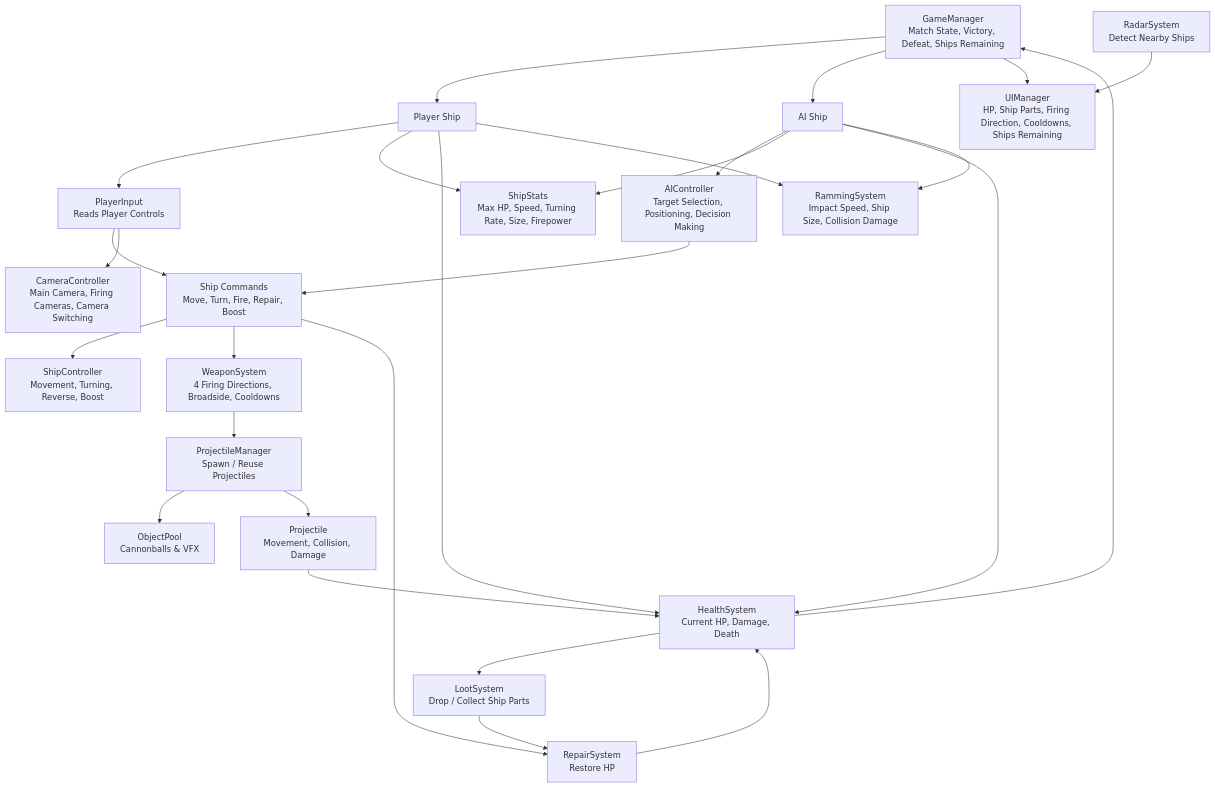
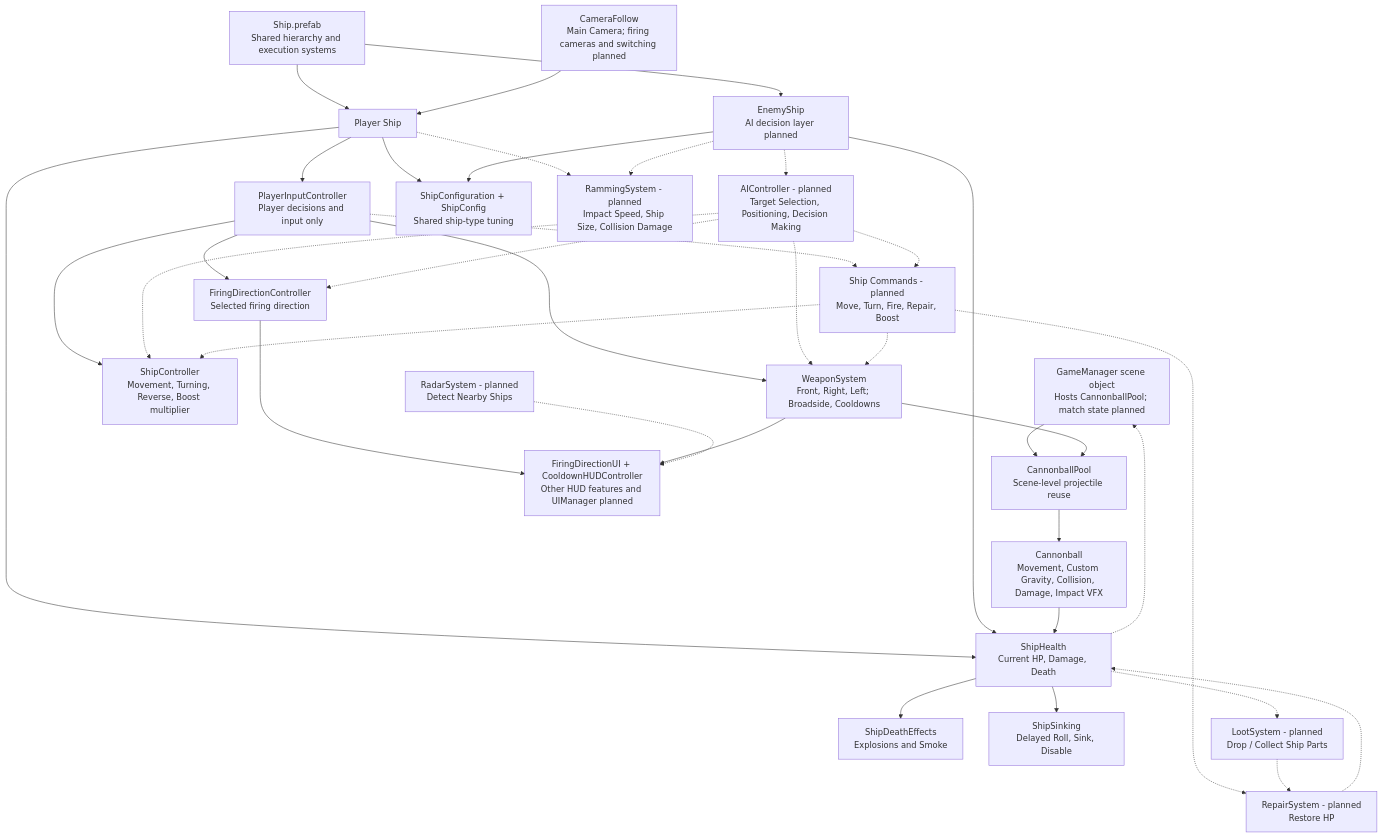
Before and after one commit to TheRoyTomer/PiratesOfTheMediterranean: the second of 2 diagrams in Docs/GDD.md, drawn with Mermaid. The commit also changed other lines of this file and 18 other files, not shown here.

Commit message:
Prepare shared ship architecture for AI

````diff
--- a/Docs/GDD.md
+++ b/Docs/GDD.md
@@ -263,64 +312,75 @@
 ```mermaid
 graph TD
 
-    GM[GameManager<br/>Match State, Victory, Defeat, Ships Remaining]
+    GM[GameManager scene object<br/>Hosts CannonballPool; match state planned]
 
     PS[Player Ship]
-    AIS[AI Ship]
+    AIS[EnemyShip<br/>AI decision layer planned]
+    PREFAB[Ship.prefab<br/>Shared hierarchy and execution systems]
 
-    PI[PlayerInput<br/>Reads Player Controls]
-    AIC[AIController<br/>Target Selection, Positioning, Decision Making]
+    PI[PlayerInputController<br/>Player decisions and input only]
+    AIC[AIController - planned<br/>Target Selection, Positioning, Decision Making]
 
-    CMD[Ship Commands<br/>Move, Turn, Fire, Repair, Boost]
-    CAM[CameraController<br/>Main Camera, Firing Cameras, Camera Switching]
+    CMD[Ship Commands - planned<br/>Move, Turn, Fire, Repair, Boost]
+    CAM[CameraFollow<br/>Main Camera; firing cameras and switching planned]
 
-    SC[ShipController<br/>Movement, Turning, Reverse, Boost]
-    SS[ShipStats<br/>Max HP, Speed, Turning Rate, Size, Firepower]
-    WS[WeaponSystem<br/>4 Firing Directions, Broadside, Cooldowns]
-    PM[ProjectileManager<br/>Spawn / Reuse Projectiles]
-    P[Projectile<br/>Movement, Collision, Damage]
-    HS[HealthSystem<br/>Current HP, Damage, Death]
-    RS[RammingSystem<br/>Impact Speed, Ship Size, Collision Damage]
-    LS[LootSystem<br/>Drop / Collect Ship Parts]
-    REP[RepairSystem<br/>Restore HP]
+    SC[ShipController<br/>Movement, Turning, Reverse, Boost multiplier]
+    SS[ShipConfiguration + ShipConfig<br/>Shared ship-type tuning]
+    WS[WeaponSystem<br/>Front, Right, Left; Broadside, Cooldowns]
+    PM[CannonballPool<br/>Scene-level projectile reuse]
+    P[Cannonball<br/>Movement, Custom Gravity, Collision, Damage, Impact VFX]
+    HS[ShipHealth<br/>Current HP, Damage, Death]
+    FD[FiringDirectionController<br/>Selected firing direction]
+    DE[ShipDeathEffects<br/>Explosions and Smoke]
+    SK[ShipSinking<br/>Delayed Roll, Sink, Disable]
+    RS[RammingSystem - planned<br/>Impact Speed, Ship Size, Collision Damage]
+    LS[LootSystem - planned<br/>Drop / Collect Ship Parts]
+    REP[RepairSystem - planned<br/>Restore HP]
 
-    RAD[RadarSystem<br/>Detect Nearby Ships]
-    UI[UIManager<br/>HP, Ship Parts, Firing Direction, Cooldowns, Ships Remaining]
+    RAD[RadarSystem - planned<br/>Detect Nearby Ships]
+    UI[FiringDirectionUI + CooldownHUDController<br/>Other HUD features and UIManager planned]
 
-    OP[ObjectPool<br/>Cannonballs & VFX]
-
-    GM --> PS
-    GM --> AIS
-    GM --> UI
+    GM --> PM
+    PREFAB --> PS
+    PREFAB --> AIS
 
     PS --> PI
     PS --> SS
     PS --> HS
-    PS --> RS
+    PS -.-> RS
 
-    AIS --> AIC
+    AIS -.-> AIC
     AIS --> SS
     AIS --> HS
-    AIS --> RS
+    AIS -.-> RS
 
-    PI --> CMD
-    PI --> CAM
-    AIC --> CMD
+    PI --> SC
+    PI --> WS
+    PI --> FD
+    AIC -.-> SC
+    AIC -.-> WS
+    AIC -.-> FD
+    CAM --> PS
+    PI -.-> CMD
+    AIC -.-> CMD
 
-    CMD --> SC
-    CMD --> WS
-    CMD --> REP
+    CMD -.-> SC
+    CMD -.-> WS
+    CMD -.-> REP
 
     WS --> PM
-    PM --> OP
     PM --> P
     P --> HS
 
-    HS --> GM
-    HS --> LS
+    HS --> DE
+    HS --> SK
+    HS -.-> GM
+    HS -.-> LS
 
-    LS --> REP
-    REP --> HS
+    LS -.-> REP
+    REP -.-> HS
 
-    RAD --> UI
+    FD --> UI
+    WS --> UI
+    RAD -.-> UI
 ```
````
